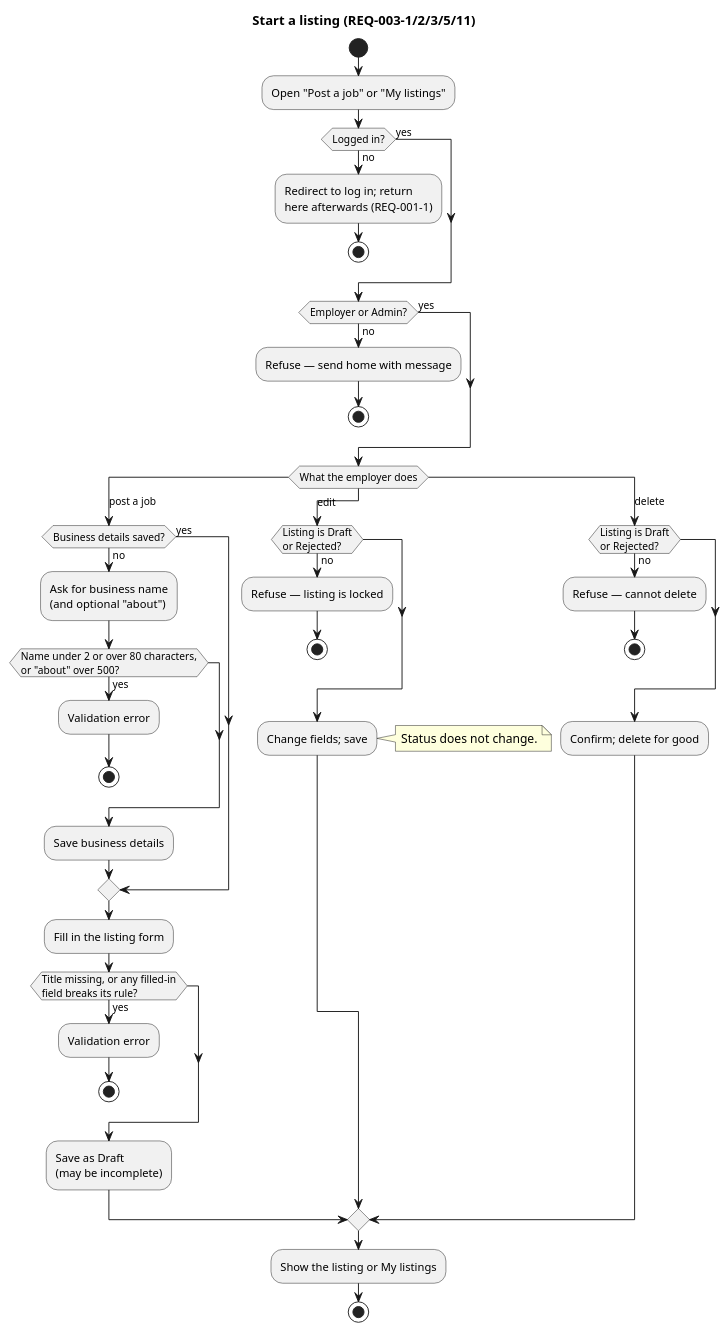
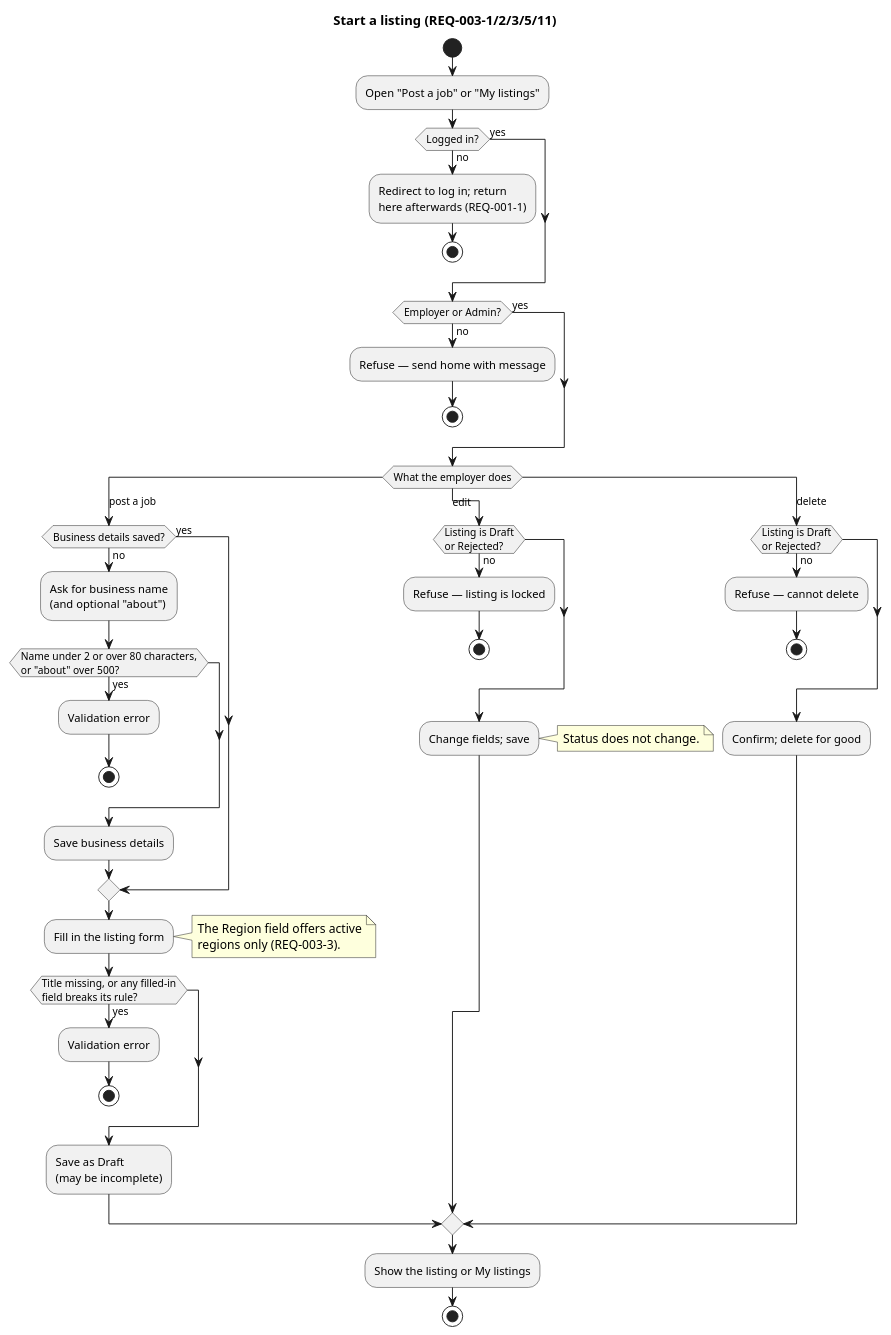
Before and after one commit to raseniero/jairojobs-elixir: the diagram in docs/specs/003-listings-employer-posting/diagrams/activity-start-a-listing.puml, drawn with PlantUML. The commit also changed 12 other files, not shown here.

Commit message:
docs(spec 003): diagrams draw what the requirements already said; Closed and Taken down are final for everyone

```diff
--- a/docs/specs/003-listings-employer-posting/diagrams/activity-start-a-listing.puml
+++ b/docs/specs/003-listings-employer-posting/diagrams/activity-start-a-listing.puml
@@ -1,59 +1,63 @@
 @startuml activity-start-a-listing
 ' Spec 003 — employer area access, business details, creating / editing / deleting a draft
 ' (REQ-003-1, -2, -3, -5, -11)
 title Start a listing (REQ-003-1/2/3/5/11)
 
 start
 :Open "Post a job" or "My listings";
 if (Logged in?) then (no)
   :Redirect to log in; return
   here afterwards (REQ-001-1);
   stop
 else (yes)
 endif
 if (Employer or Admin?) then (no)
   :Refuse — send home with message;
   stop
 else (yes)
 endif
 switch (What the employer does)
 case (post a job)
   if (Business details saved?) then (no)
     :Ask for business name
     (and optional "about");
     if (Name under 2 or over 80 characters,\nor "about" over 500?) then (yes)
       :Validation error;
       stop
     endif
     :Save business details;
   else (yes)
   endif
   :Fill in the listing form;
+  note right
+    The Region field offers active
+    regions only (REQ-003-3).
+  end note
   if (Title missing, or any filled-in
 field breaks its rule?) then (yes)
     :Validation error;
     stop
   endif
   :Save as Draft
   (may be incomplete);
 case (edit)
   if (Listing is Draft
 or Rejected?) then (no)
     :Refuse — listing is locked;
     stop
   endif
   :Change fields; save;
   note right
     Status does not change.
   end note
 case (delete)
   if (Listing is Draft
 or Rejected?) then (no)
     :Refuse — cannot delete;
     stop
   endif
   :Confirm; delete for good;
 endswitch
 :Show the listing or My listings;
 stop
 @enduml
```
